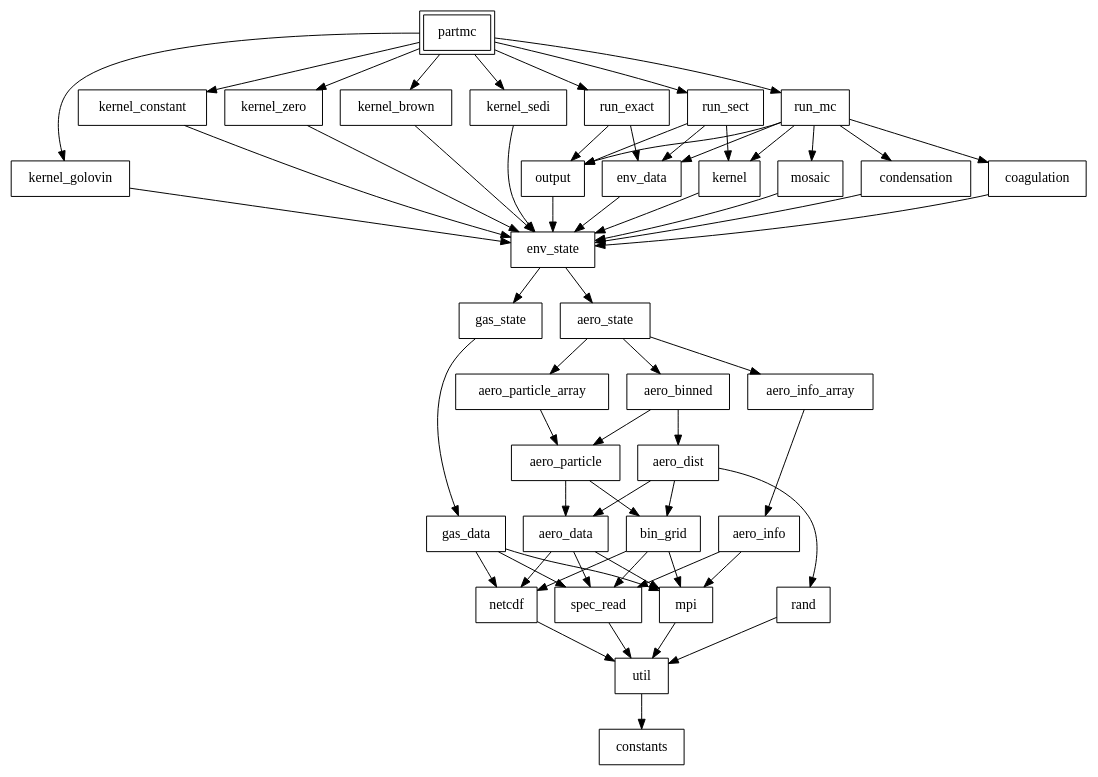
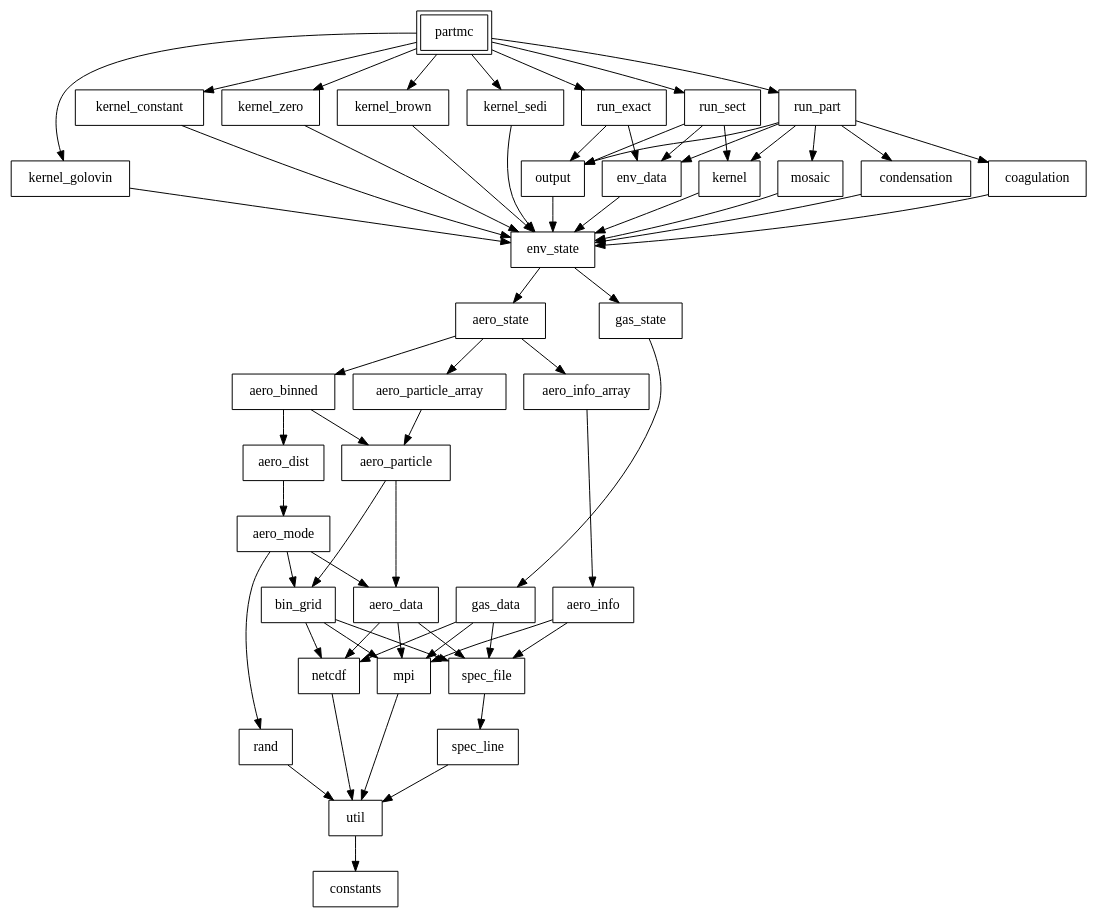
One commit to compdyn/partmc changed the diagram in doc/partmc_modules.gv. Above: the diagram before and after it, drawn with Graphviz. The commit also changed 12 other files, not shown here.

```diff
--- a/doc/partmc_modules.gv
+++ b/doc/partmc_modules.gv
@@ -1,97 +1,101 @@
 digraph partmc_modules {
     rankdir = TB;
     node [shape = box, peripheries = 1, href = "\ref kernel.f90"] kernel
     node [shape = box, peripheries = 1, href = "\ref rand.f90"] rand
     node [shape = box, peripheries = 1, href = "\ref kernel_golovin.f90"] kernel_golovin
     node [shape = box, peripheries = 1, href = "\ref netcdf.f90"] netcdf
     node [shape = box, peripheries = 1, href = "\ref bin_grid.f90"] bin_grid
     node [shape = box, peripheries = 1, href = "\ref aero_dist.f90"] aero_dist
     node [shape = box, peripheries = 1, href = "\ref aero_binned.f90"] aero_binned
     node [shape = box, peripheries = 1, href = "\ref kernel_constant.f90"] kernel_constant
     node [shape = box, peripheries = 1, href = "\ref kernel_zero.f90"] kernel_zero
     node [shape = box, peripheries = 1, href = "\ref kernel_brown.f90"] kernel_brown
+    node [shape = box, peripheries = 1, href = "\ref spec_line.f90"] spec_line
     node [shape = box, peripheries = 1, href = "\ref kernel_sedi.f90"] kernel_sedi
+    node [shape = box, peripheries = 1, href = "\ref spec_file.f90"] spec_file
     node [shape = box, peripheries = 2, href = "\ref partmc.f90"] partmc
     node [shape = box, peripheries = 1, href = "\ref run_sect.f90"] run_sect
     node [shape = box, peripheries = 1, href = "\ref mosaic.f90"] mosaic
     node [shape = box, peripheries = 1, href = "\ref run_exact.f90"] run_exact
     node [shape = box, peripheries = 1, href = "\ref env_state.f90"] env_state
     node [shape = box, peripheries = 1, href = "\ref gas_state.f90"] gas_state
     node [shape = box, peripheries = 1, href = "\ref aero_state.f90"] aero_state
     node [shape = box, peripheries = 1, href = "\ref aero_particle.f90"] aero_particle
     node [shape = box, peripheries = 1, href = "\ref mpi.f90"] mpi
     node [shape = box, peripheries = 1, href = "\ref aero_info_array.f90"] aero_info_array
     node [shape = box, peripheries = 1, href = "\ref env_data.f90"] env_data
+    node [shape = box, peripheries = 1, href = "\ref aero_mode.f90"] aero_mode
     node [shape = box, peripheries = 1, href = "\ref gas_data.f90"] gas_data
     node [shape = box, peripheries = 1, href = "\ref aero_data.f90"] aero_data
     node [shape = box, peripheries = 1, href = "\ref constants.f90"] constants
     node [shape = box, peripheries = 1, href = "\ref util.f90"] util
     node [shape = box, peripheries = 1, href = "\ref condensation.f90"] condensation
-    node [shape = box, peripheries = 1, href = "\ref run_mc.f90"] run_mc
+    node [shape = box, peripheries = 1, href = "\ref run_part.f90"] run_part
     node [shape = box, peripheries = 1, href = "\ref aero_particle_array.f90"] aero_particle_array
     node [shape = box, peripheries = 1, href = "\ref coagulation.f90"] coagulation
-    node [shape = box, peripheries = 1, href = "\ref spec_read.f90"] spec_read
     node [shape = box, peripheries = 1, href = "\ref output.f90"] output
     node [shape = box, peripheries = 1, href = "\ref aero_info.f90"] aero_info
     kernel -> env_state
     rand -> util
     kernel_golovin -> env_state
     netcdf -> util
     bin_grid -> netcdf
-    bin_grid -> spec_read
+    bin_grid -> spec_file
     bin_grid -> mpi
-    aero_dist -> rand
-    aero_dist -> bin_grid
-    aero_dist -> aero_data
+    aero_dist -> aero_mode
     aero_binned -> aero_particle
     aero_binned -> aero_dist
     kernel_constant -> env_state
     kernel_zero -> env_state
     kernel_brown -> env_state
+    spec_line -> util
     kernel_sedi -> env_state
+    spec_file -> spec_line
     partmc -> kernel_golovin
     partmc -> run_exact
     partmc -> kernel_zero
     partmc -> kernel_brown
     partmc -> kernel_sedi
+    partmc -> run_part
     partmc -> kernel_constant
     partmc -> run_sect
-    partmc -> run_mc
     run_sect -> kernel
     run_sect -> env_data
     run_sect -> output
     mosaic -> env_state
     run_exact -> env_data
     run_exact -> output
     env_state -> gas_state
     env_state -> aero_state
     gas_state -> gas_data
     aero_state -> aero_info_array
     aero_state -> aero_particle_array
     aero_state -> aero_binned
     aero_particle -> bin_grid
     aero_particle -> aero_data
     mpi -> util
     aero_info_array -> aero_info
     env_data -> env_state
-    gas_data -> spec_read
+    aero_mode -> rand
+    aero_mode -> bin_grid
+    aero_mode -> aero_data
+    gas_data -> mpi
     gas_data -> netcdf
-    gas_data -> mpi
-    aero_data -> spec_read
+    gas_data -> spec_file
+    aero_data -> mpi
     aero_data -> netcdf
-    aero_data -> mpi
+    aero_data -> spec_file
     util -> constants
     condensation -> env_state
-    run_mc -> kernel
-    run_mc -> env_data
-    run_mc -> mosaic
-    run_mc -> condensation
-    run_mc -> coagulation
-    run_mc -> output
+    run_part -> kernel
+    run_part -> env_data
+    run_part -> mosaic
+    run_part -> condensation
+    run_part -> coagulation
+    run_part -> output
     aero_particle_array -> aero_particle
     coagulation -> env_state
-    spec_read -> util
     output -> env_state
-    aero_info -> spec_read
     aero_info -> mpi
+    aero_info -> spec_file
 }
```
